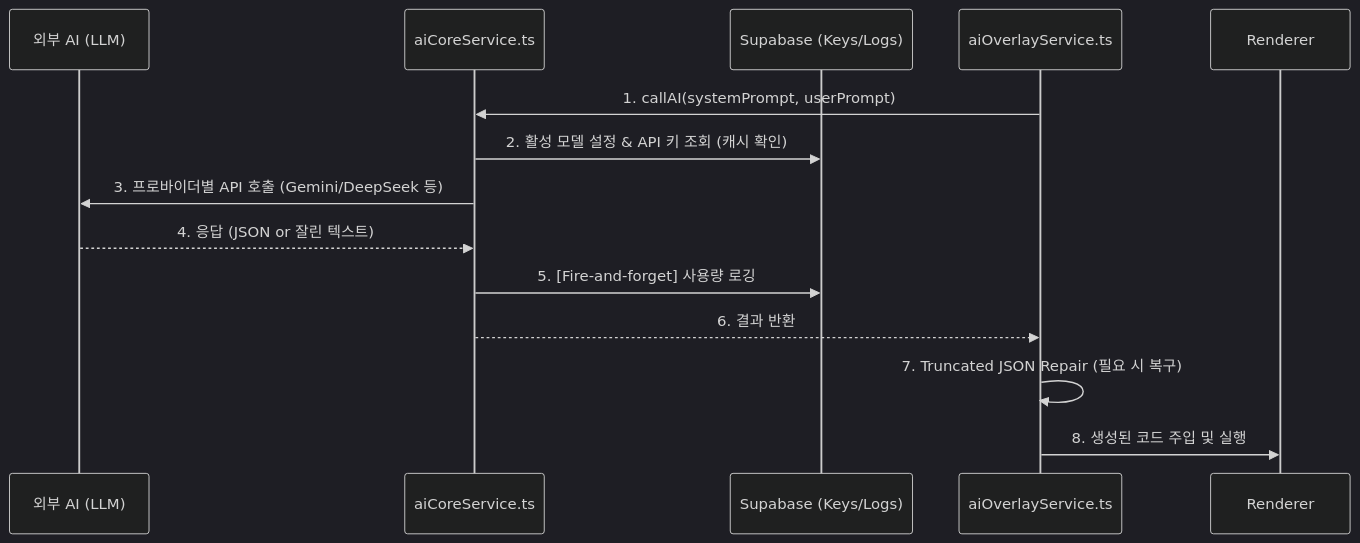
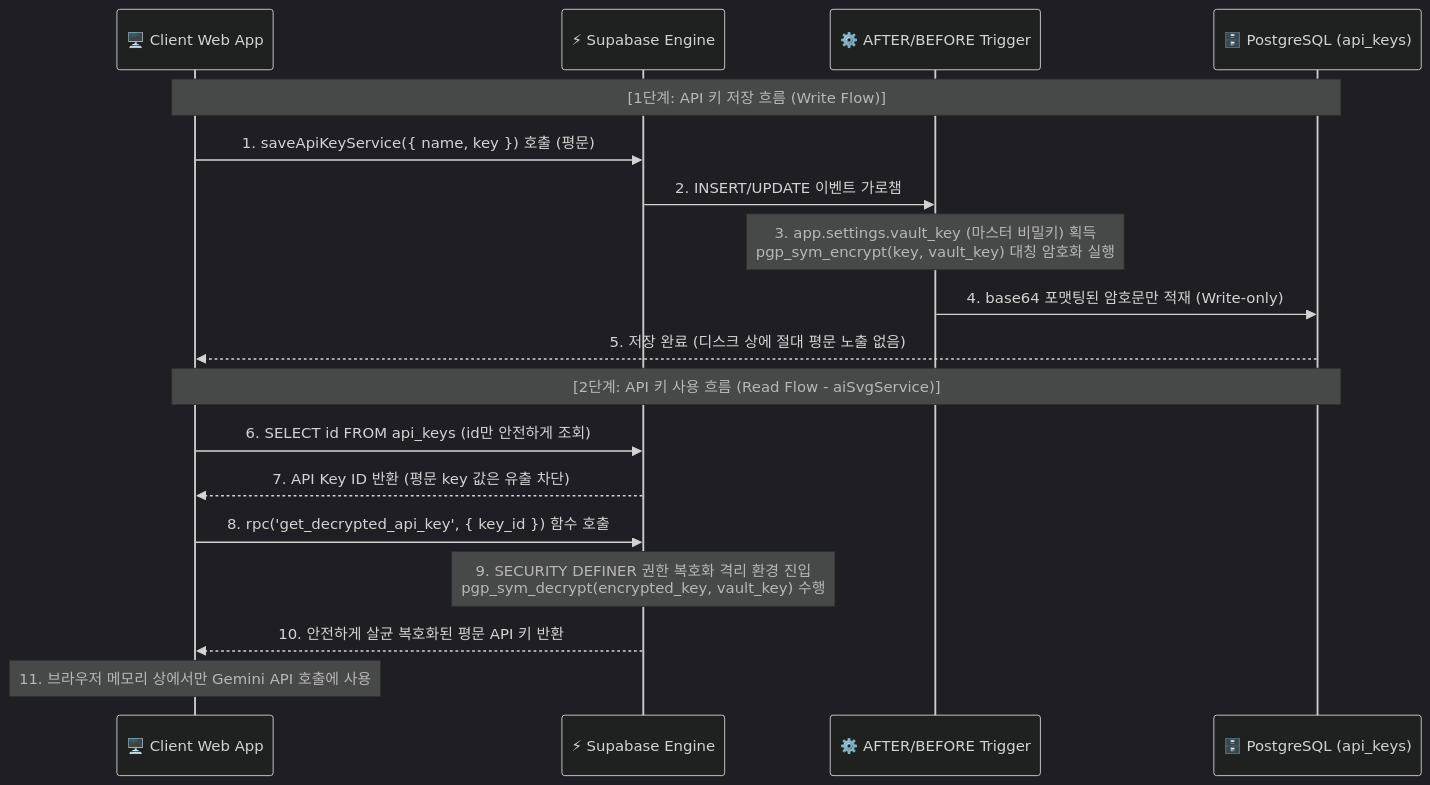
Before and after one commit to gkisanet/webcg-k: the diagram in webcg-k/docs/CONTEXT.md, drawn with Mermaid (dark theme). The commit also changed other lines of this file and 8 other files, not shown here.

First line of the commit message:
fix(security): api_keys 평문 저장 암호화 + API 키 조회 패턴 보강 + DB 타입 정리

````diff
--- a/webcg-k/docs/CONTEXT.md
+++ b/webcg-k/docs/CONTEXT.md
@@ -76,17 +11,22 @@
 ```mermaid
 sequenceDiagram
-    participant AI as 외부 AI (LLM)
-    participant Core as aiCoreService.ts
-    participant DB as Supabase (Keys/Logs)
-    participant Domain as aiOverlayService.ts
-    participant Render as Renderer
+    participant Client as 🖥️ Client Web App
+    participant Supabase as ⚡ Supabase Engine
+    participant Trigger as ⚙️ AFTER/BEFORE Trigger
+    participant DB as 🗄️ PostgreSQL (api_keys)
 
-    Domain->>Core: 1. callAI(systemPrompt, userPrompt)
-    Core->>DB: 2. 활성 모델 설정 & API 키 조회 (캐시 확인)
-    Core->>AI: 3. 프로바이더별 API 호출 (Gemini/DeepSeek 등)
-    AI-->>Core: 4. 응답 (JSON or 잘린 텍스트)
-    Core->>DB: 5. [Fire-and-forget] 사용량 로깅
-    Core-->>Domain: 6. 결과 반환
-    Domain->>Domain: 7. Truncated JSON Repair (필요 시 복구)
-    Domain->>Render: 8. 생성된 코드 주입 및 실행
+    Note over Client, DB: [1단계: API 키 저장 흐름 (Write Flow)]
+    Client->>Supabase: 1. saveApiKeyService({ name, key }) 호출 (평문)
+    Supabase->>Trigger: 2. INSERT/UPDATE 이벤트 가로챔
+    Note over Trigger: 3. app.settings.vault_key (마스터 비밀키) 획득<br/>pgp_sym_encrypt(key, vault_key) 대칭 암호화 실행
+    Trigger->>DB: 4. base64 포맷팅된 암호문만 적재 (Write-only)
+    DB-->>Client: 5. 저장 완료 (디스크 상에 절대 평문 노출 없음)
+
+    Note over Client, DB: [2단계: API 키 사용 흐름 (Read Flow - aiSvgService)]
+    Client->>Supabase: 6. SELECT id FROM api_keys (id만 안전하게 조회)
+    Supabase-->>Client: 7. API Key ID 반환 (평문 key 값은 유출 차단)
+    Client->>Supabase: 8. rpc('get_decrypted_api_key', { key_id }) 함수 호출
+    Note over Supabase: 9. SECURITY DEFINER 권한 복호화 격리 환경 진입<br/>pgp_sym_decrypt(encrypted_key, vault_key) 수행
+    Supabase-->>Client: 10. 안전하게 살균 복호화된 평문 API 키 반환
+    Note over Client: 11. 브라우저 메모리 상에서만 Gemini API 호출에 사용
 ```
````
